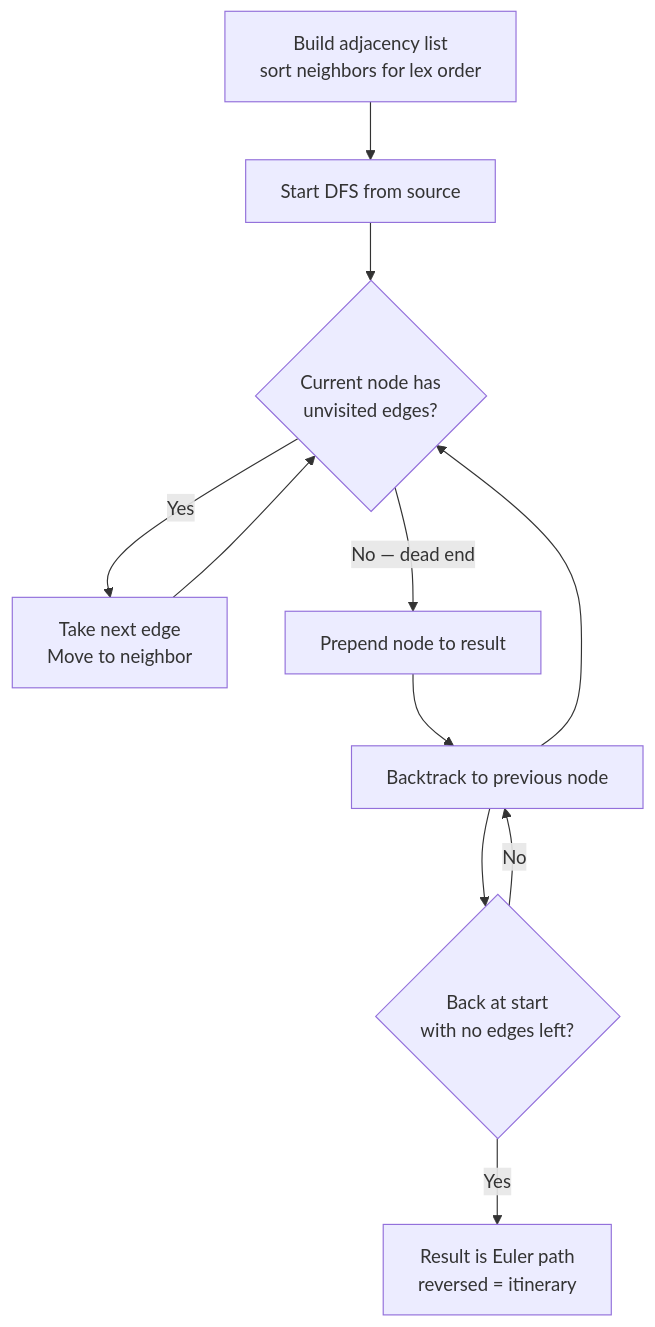
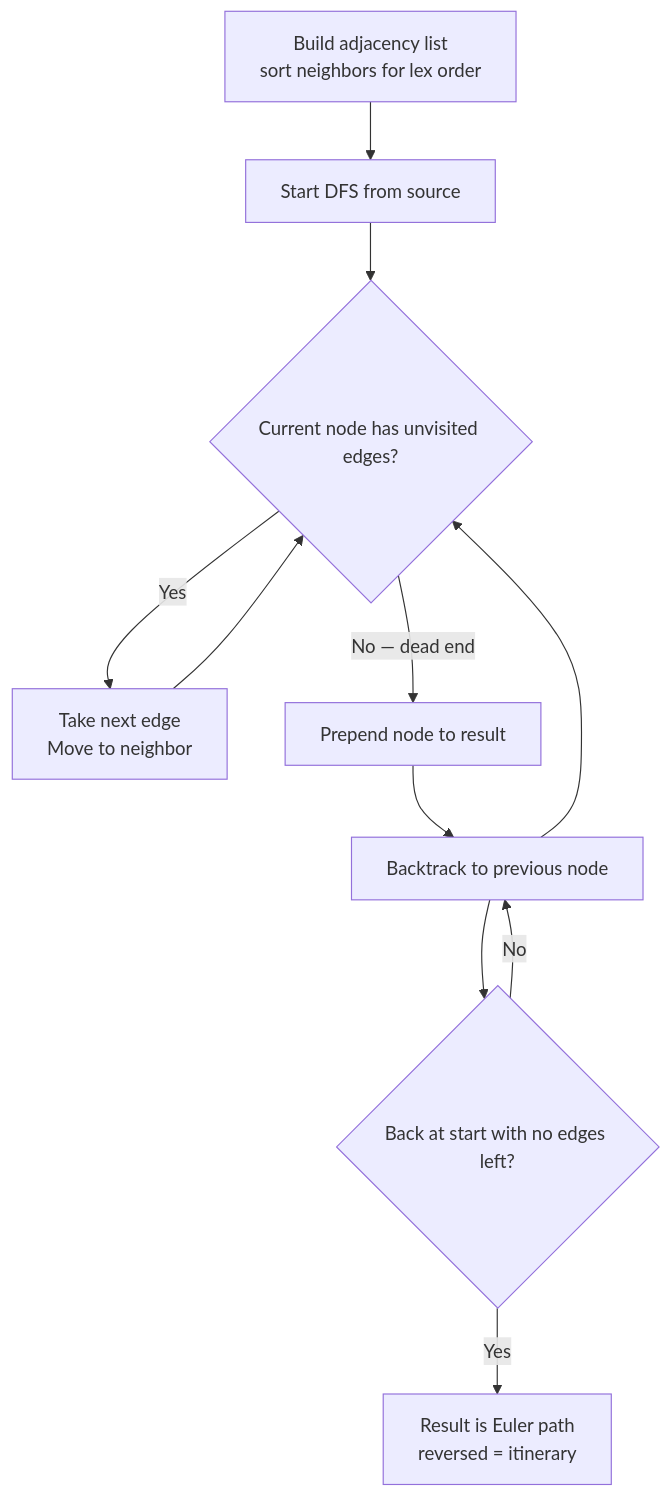
The sixth of 6 diagrams in advanced_graphs/README.md (deepanshu-rawat6/AlgoAtlas), drawn with Mermaid before and after one commit. The commit also changed other lines of this file and 43 other files, not shown here.

````diff
--- a/advanced_graphs/README.md
+++ b/advanced_graphs/README.md
@@ -132,13 +132,13 @@
 ```mermaid
 flowchart TD
     A[Build adjacency list<br>sort neighbors for lex order] --> B[Start DFS from source]
-    B --> C{Current node has<br>unvisited edges?}
+    B --> C{"Current node has unvisited edges?"}
     C -->|Yes| D[Take next edge<br>Move to neighbor]
     D --> C
     C -->|No — dead end| E[Prepend node to result]
     E --> F[Backtrack to previous node]
     F --> C
-    F --> G{Back at start<br>with no edges left?}
+    F --> G{"Back at start with no edges left?"}
     G -->|Yes| H[Result is Euler path<br>reversed = itinerary]
     G -->|No| F
 ```
````
